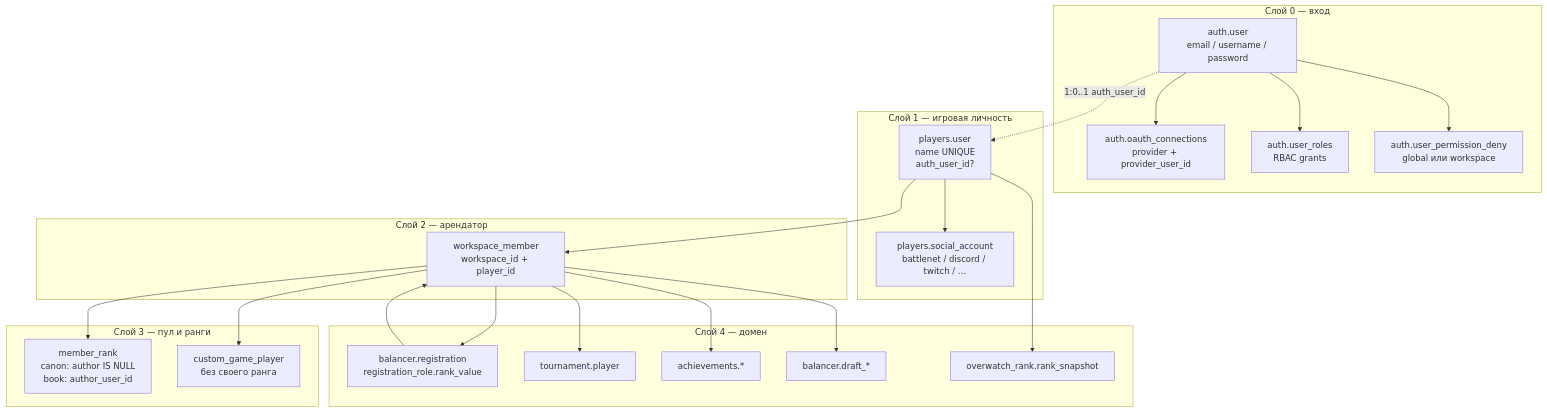
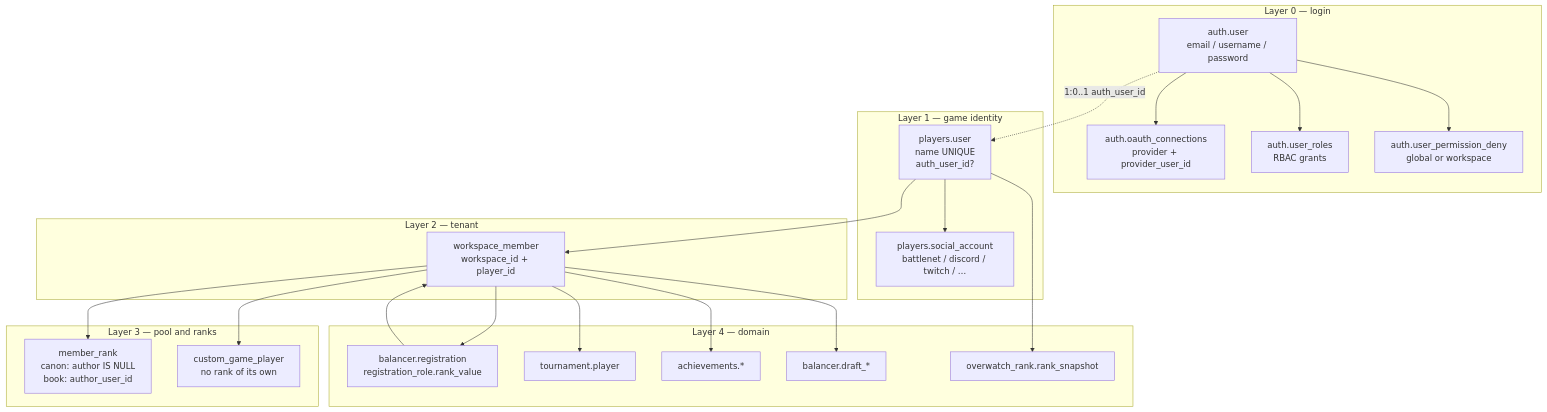
The first of 6 diagrams in docs/users-identity.md (CraazzzyyFoxx/anak-tournaments), drawn with Mermaid before and after one commit. The commit also changed other lines of this file and 60 other files, not shown here.

````diff
--- a/docs/users-identity.md
+++ b/docs/users-identity.md
@@ -61,46 +60,46 @@
 ```mermaid
 flowchart TB
-  subgraph login["Слой 0 — вход"]
+  subgraph login["Layer 0 — login"]
     AU["auth.user\nemail / username / password"]
     OC["auth.oauth_connections\nprovider + provider_user_id"]
     UR["auth.user_roles\nRBAC grants"]
-    DENY["auth.user_permission_deny\nglobal или workspace"]
+    DENY["auth.user_permission_deny\nglobal or workspace"]
     AU --> OC
     AU --> UR
     AU --> DENY
   end
 
-  subgraph game["Слой 1 — игровая личность"]
+  subgraph game["Layer 1 — game identity"]
     PU["players.user\nname UNIQUE\nauth_user_id?"]
     SA["players.social_account\nbattlenet / discord / twitch / …"]
     PU --> SA
   end
 
-  subgraph tenant["Слой 2 — арендатор"]
+  subgraph tenant["Layer 2 — tenant"]
     WM["workspace_member\nworkspace_id + player_id"]
   end
 
-  subgraph mix["Слой 3 — пул и ранги"]
+  subgraph mix["Layer 3 — pool and ranks"]
     MR["member_rank\ncanon: author IS NULL\nbook: author_user_id"]
-    CG["custom_game_player\nбез своего ранга"]
+    CG["custom_game_player\nno rank of its own"]
   end
 
-  subgraph domain["Слой 4 — домен"]
+  subgraph domain["Layer 4 — domain"]
     REG["balancer.registration\nregistration_role.rank_value"]
     TP["tournament.player"]
     ACH["achievements.*"]
     DRAFT["balancer.draft_*"]
     OW["overwatch_rank.rank_snapshot"]
   end
 
   AU -.->|"1:0..1 auth_user_id"| PU
   PU --> WM
   WM --> MR
   WM --> CG
   WM --> REG
   WM --> TP
   WM --> ACH
   WM --> DRAFT
   PU --> OW
   REG --> WM
 ```
````
